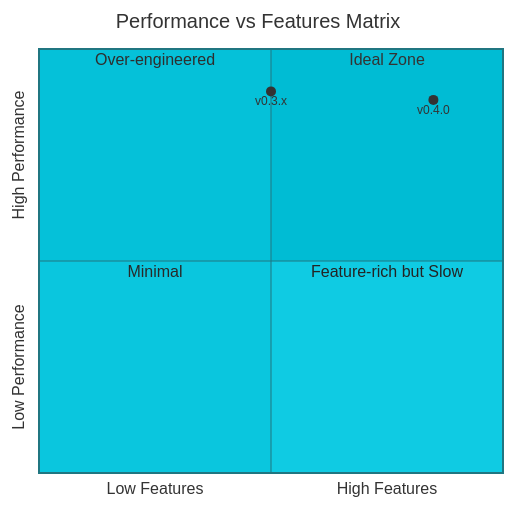
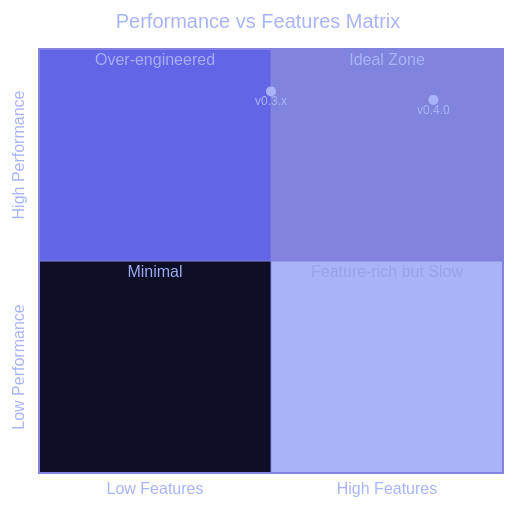
The seventh of 8 diagrams in benchmarks/charts.md (Oculusnoob/vesper-memory), drawn with Mermaid before and after one commit. The commit also changed other lines of this file, not shown here.

First line of the commit message:
Fix Mermaid chart syntax errors and apply Vesper brand colors

````diff
--- a/benchmarks/charts.md
+++ b/benchmarks/charts.md
@@ -115,13 +115,13 @@
 ```mermaid
-%%{init: {'theme':'base', 'themeVariables': { 'primaryColor':'#00BCD4'}}}%%
+%%{init: {'theme':'base', 'themeVariables': { 'primaryColor':'#6365e7', 'primaryTextColor':'#a8b4f7', 'primaryBorderColor':'#8183dd', 'quadrant1Fill':'#8183dd', 'quadrant2Fill':'#6365e7', 'quadrant3Fill':'#0b0e25', 'quadrant4Fill':'#a8b4f7'}}}%%
 quadrantChart
     title Performance vs Features Matrix
     x-axis Low Features --> High Features
     y-axis Low Performance --> High Performance
     quadrant-1 Ideal Zone
     quadrant-2 Over-engineered
     quadrant-3 Minimal
     quadrant-4 Feature-rich but Slow
     v0.3.x: [0.5, 0.9]
     v0.4.0: [0.85, 0.88]
 ```
````
